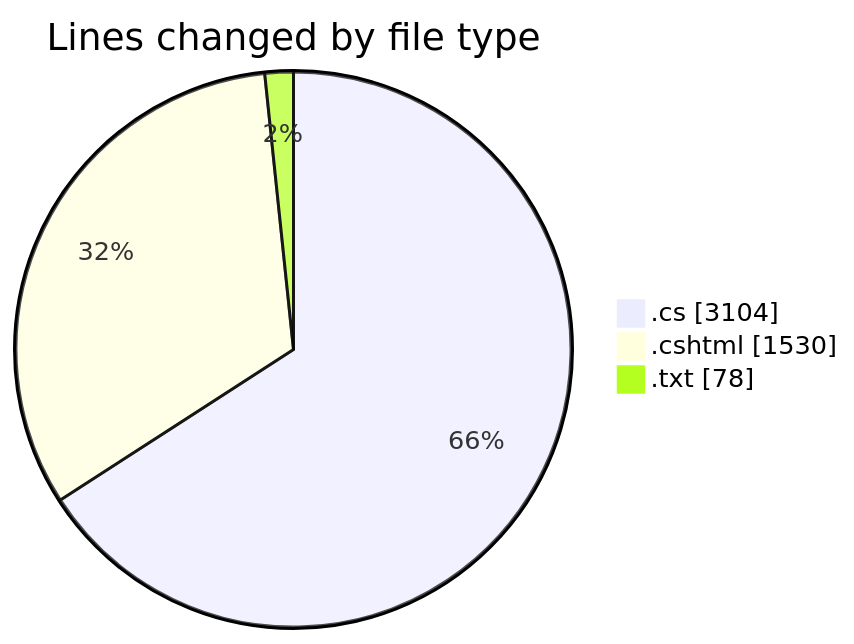
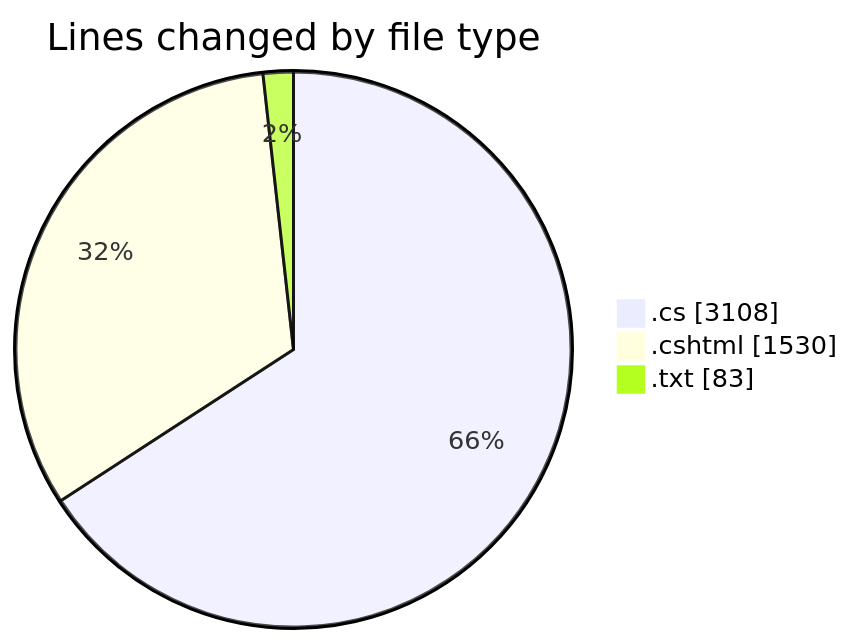
Before and after one commit to lephambinh05/code-tracking: the first of 2 diagrams in 2025-07-28/quanlyrapchieuphim-1/README.md, drawn with Mermaid. The commit also changed other lines of this file and 1 other file, not shown here.

````diff
--- a/2025-07-28/quanlyrapchieuphim-1/README.md
+++ b/2025-07-28/quanlyrapchieuphim-1/README.md
@@ -32,7 +32,7 @@
 ```mermaid
 pie showData
 title Lines changed by file type
-".cs" : 3104
+".cs" : 3108
 ".cshtml" : 1530
-".txt" : 78
+".txt" : 83
 ```
````
